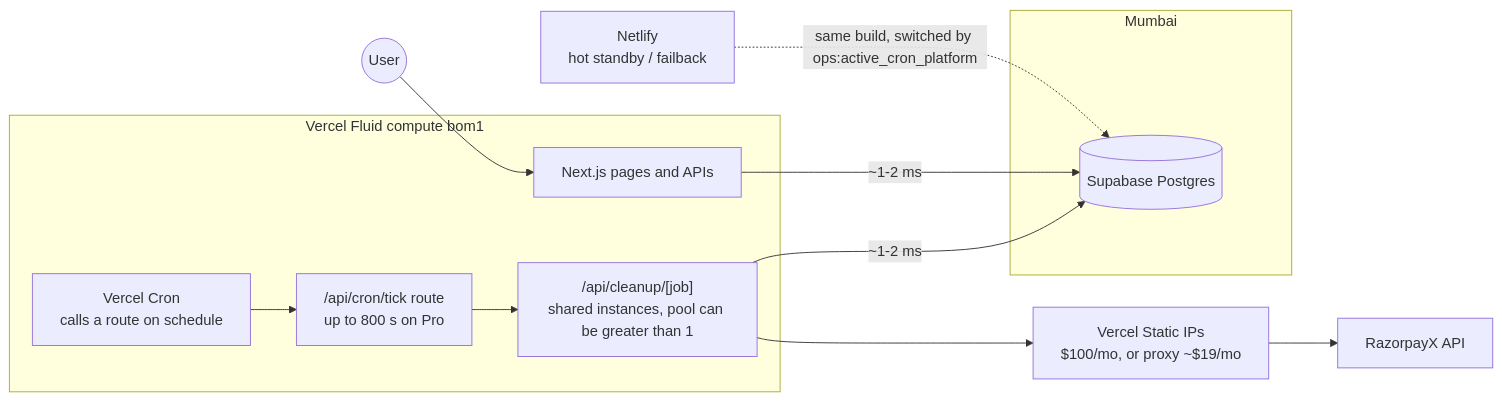
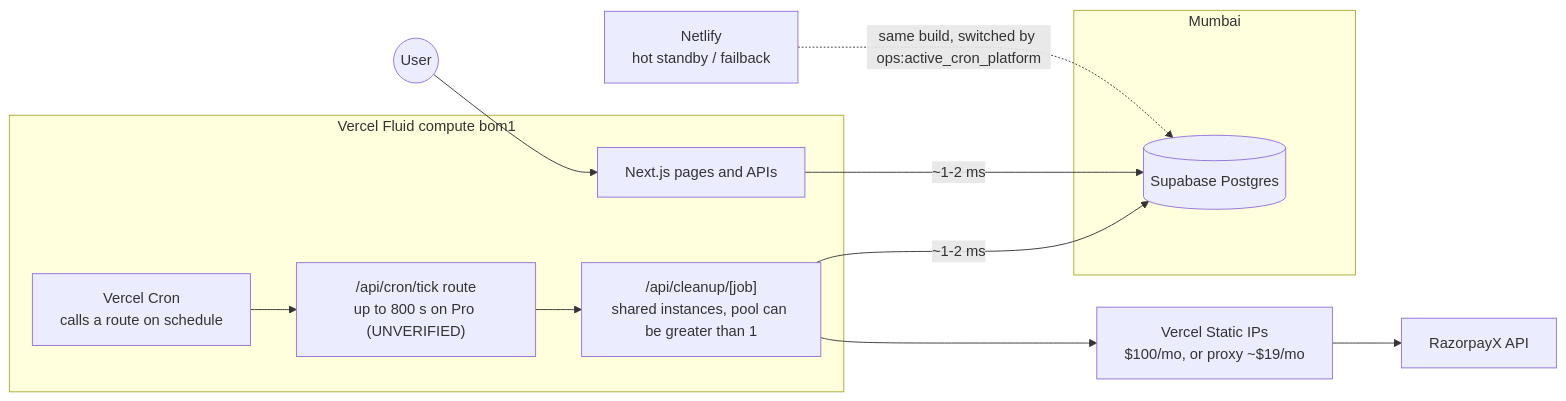
Before and after one commit to Practitionist/familiarise_web: the second of 7 diagrams in docs/infrastructure/2026-10-31-job-runtime-system-designs.md, drawn with Mermaid. The commit also changed other lines of this file and 5 other files, not shown here.

````diff
--- a/docs/infrastructure/2026-10-31-job-runtime-system-designs.md
+++ b/docs/infrastructure/2026-10-31-job-runtime-system-designs.md
@@ -74,21 +74,21 @@
 ```mermaid
 flowchart LR
   subgraph VC["Vercel Fluid compute bom1"]
     VCRON["Vercel Cron<br/>calls a route on schedule"]
-    TICK2["/api/cron/tick route<br/>up to 800 s on Pro"]
+    TICK2["/api/cron/tick route<br/>up to 800 s on Pro (UNVERIFIED)"]
     API2["/api/cleanup/[job]<br/>shared instances, pool can be greater than 1"]
     WEB2["Next.js pages and APIs"]
   end
   subgraph MUM2["Mumbai "]
     DB2[("Supabase Postgres")]
   end
   STATIC2["Vercel Static IPs<br/>$100/mo, or proxy ~$19/mo"]
   RZX2["RazorpayX API"]
   NETLIFY2["Netlify<br/>hot standby / failback"]
   USER2((User)) --> WEB2
   VCRON --> TICK2 --> API2
   API2 -- "~1-2 ms" --> DB2
   WEB2 -- "~1-2 ms" --> DB2
   API2 --> STATIC2 --> RZX2
   NETLIFY2 -. "same build, switched by ops:active_cron_platform" .-> DB2
 ```
````
